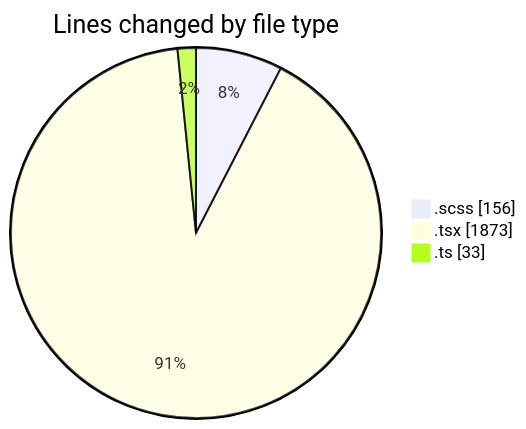
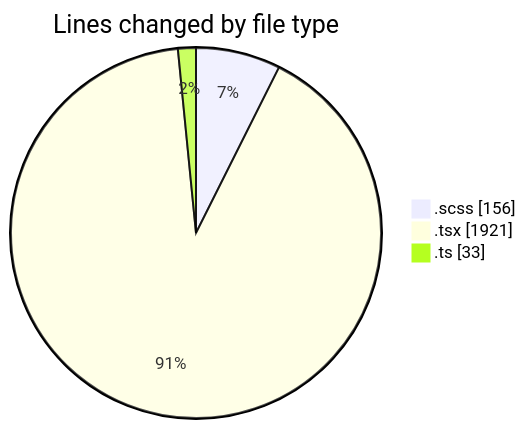
Before and after one commit to momahboobian/code-tracking: the first of 2 diagrams in 2025-02-10/cda/README.md, drawn with Mermaid. The commit also changed other lines of this file and 1 other file, not shown here.

````diff
--- a/2025-02-10/cda/README.md
+++ b/2025-02-10/cda/README.md
@@ -25,7 +25,7 @@
 ```mermaid
 pie showData
 title Lines changed by file type
 ".scss" : 156
-".tsx" : 1873
+".tsx" : 1921
 ".ts" : 33
 ```
````
